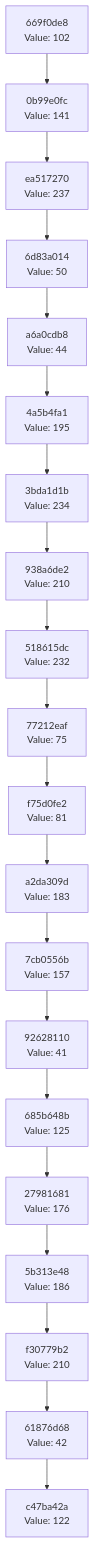
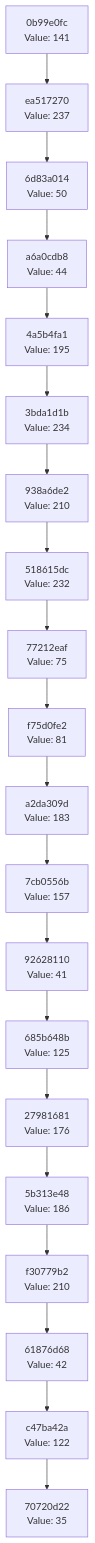
The diagram in docs/CHAIN_VISUALIZATION.md (Abhisheksinha1506/hash-chain-evolver), drawn with Mermaid before and after one commit. The commit also changed 3 other files, not shown here.

````diff
--- a/docs/CHAIN_VISUALIZATION.md
+++ b/docs/CHAIN_VISUALIZATION.md
@@ -3,42 +3,42 @@
 ```mermaid
 graph TD
-    C0["c47ba42a<br/>Value: 122"]
-    C1["61876d68<br/>Value: 42"]
+    C0["70720d22<br/>Value: 35"]
+    C1["c47ba42a<br/>Value: 122"]
     C1 --> C0
-    C2["f30779b2<br/>Value: 210"]
+    C2["61876d68<br/>Value: 42"]
     C2 --> C1
-    C3["5b313e48<br/>Value: 186"]
+    C3["f30779b2<br/>Value: 210"]
     C3 --> C2
-    C4["27981681<br/>Value: 176"]
+    C4["5b313e48<br/>Value: 186"]
     C4 --> C3
-    C5["685b648b<br/>Value: 125"]
+    C5["27981681<br/>Value: 176"]
     C5 --> C4
-    C6["92628110<br/>Value: 41"]
+    C6["685b648b<br/>Value: 125"]
     C6 --> C5
-    C7["7cb0556b<br/>Value: 157"]
+    C7["92628110<br/>Value: 41"]
     C7 --> C6
-    C8["a2da309d<br/>Value: 183"]
+    C8["7cb0556b<br/>Value: 157"]
     C8 --> C7
-    C9["f75d0fe2<br/>Value: 81"]
+    C9["a2da309d<br/>Value: 183"]
     C9 --> C8
-    C10["77212eaf<br/>Value: 75"]
+    C10["f75d0fe2<br/>Value: 81"]
     C10 --> C9
-    C11["518615dc<br/>Value: 232"]
+    C11["77212eaf<br/>Value: 75"]
     C11 --> C10
-    C12["938a6de2<br/>Value: 210"]
+    C12["518615dc<br/>Value: 232"]
     C12 --> C11
-    C13["3bda1d1b<br/>Value: 234"]
+    C13["938a6de2<br/>Value: 210"]
     C13 --> C12
-    C14["4a5b4fa1<br/>Value: 195"]
+    C14["3bda1d1b<br/>Value: 234"]
     C14 --> C13
-    C15["a6a0cdb8<br/>Value: 44"]
+    C15["4a5b4fa1<br/>Value: 195"]
     C15 --> C14
-    C16["6d83a014<br/>Value: 50"]
+    C16["a6a0cdb8<br/>Value: 44"]
     C16 --> C15
-    C17["ea517270<br/>Value: 237"]
+    C17["6d83a014<br/>Value: 50"]
     C17 --> C16
-    C18["0b99e0fc<br/>Value: 141"]
+    C18["ea517270<br/>Value: 237"]
     C18 --> C17
-    C19["669f0de8<br/>Value: 102"]
+    C19["0b99e0fc<br/>Value: 141"]
     C19 --> C18
 ```
````
